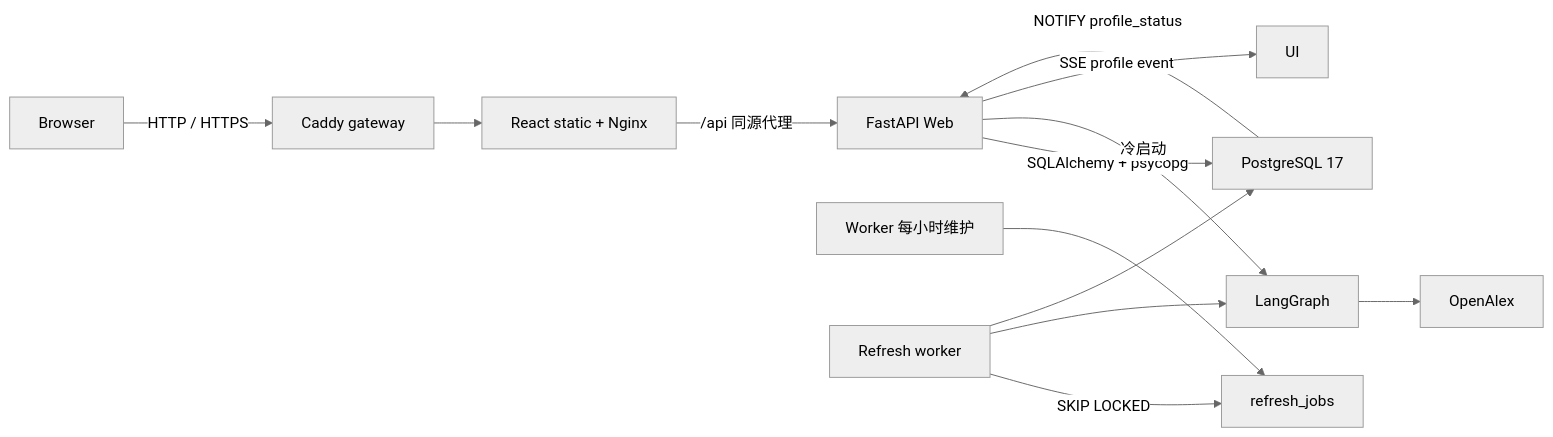
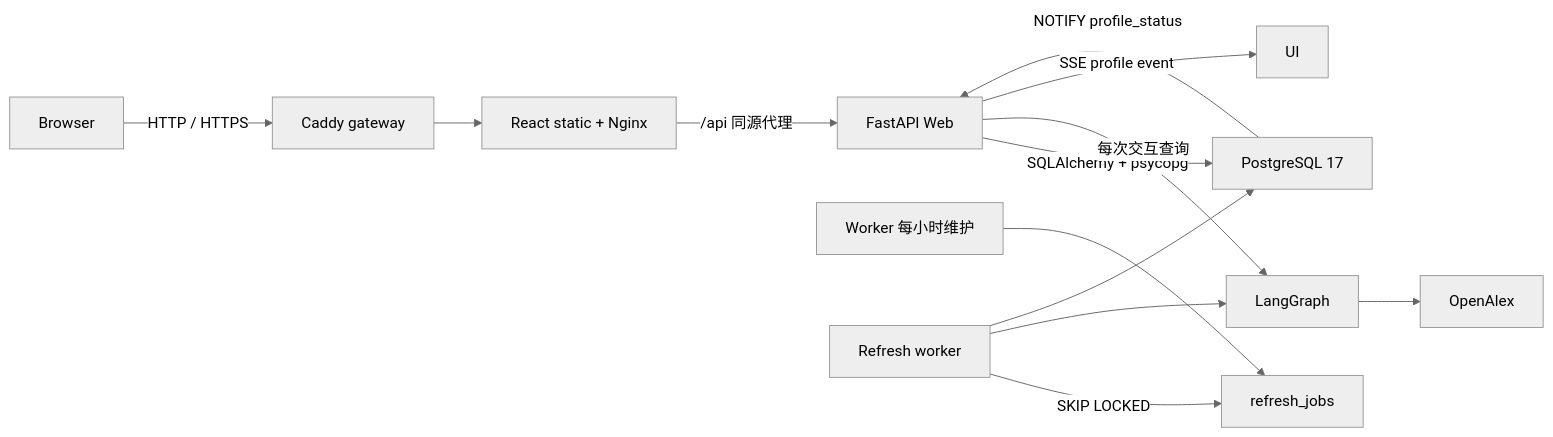
The diagram in docs/ARCHITECTURE.md (AlexYuanch/scholar_search), drawn with Mermaid (neutral theme) before and after one commit. The commit also changed other lines of this file and 7 other files, not shown here.

````diff
--- a/docs/ARCHITECTURE.md
+++ b/docs/ARCHITECTURE.md
@@ -5,15 +5,15 @@
 ```mermaid
 flowchart LR
   CLIENT["Browser"] -->|"HTTP / HTTPS"| CADDY["Caddy gateway"]
   CADDY --> NGINX["React static + Nginx"]
   NGINX -->|"/api 同源代理"| API["FastAPI Web"]
   API -->|"SQLAlchemy + psycopg"| PG["PostgreSQL 17"]
-  API -->|"冷启动"| WF["LangGraph"]
+  API -->|"每次交互查询"| WF["LangGraph"]
   WF --> OA["OpenAlex"]
   MAINT["Worker 每小时维护"] --> JOB["refresh_jobs"]
   WORKER["Refresh worker"] -->|"SKIP LOCKED"| JOB
   WORKER --> WF
   WORKER --> PG
   PG -->|"NOTIFY profile_status"| API
   API -->|"SSE profile event"| UI
 ```
````
